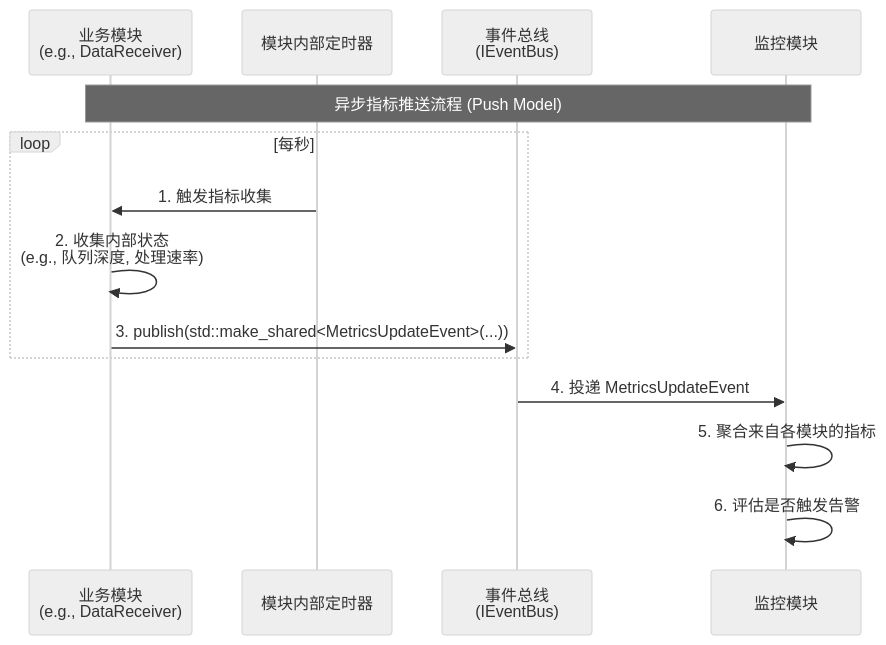
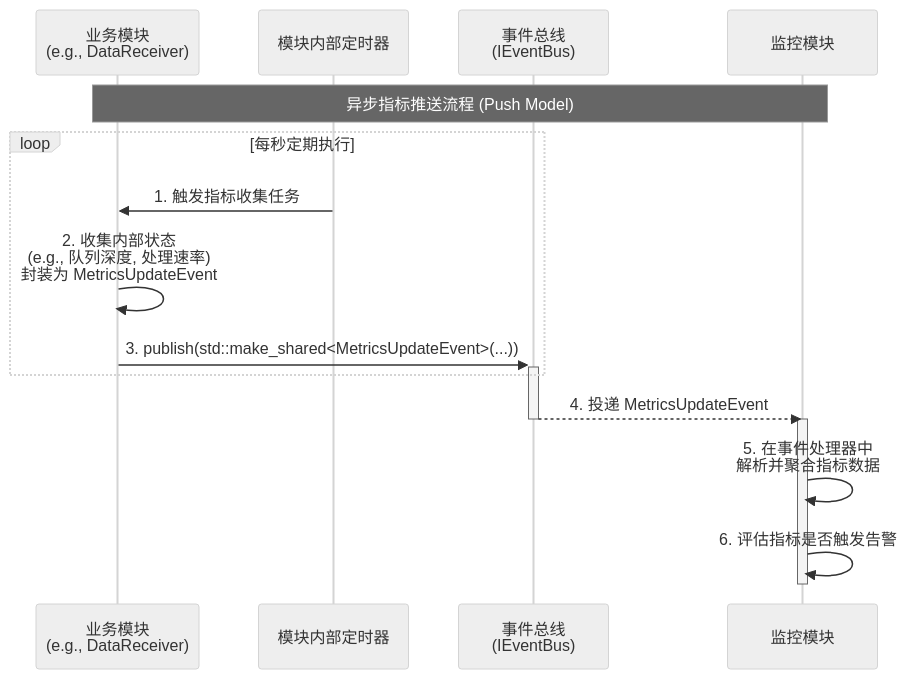
The first of 2 diagrams in docs/01_项目设计/05_接口设计/04_监控接口设计.md (wendizhou99-cell/Radar), drawn with Mermaid (neutral theme) before and after one commit. The commit also changed other lines of this file and 14 other files, not shown here.

````diff
--- a/docs/01_项目设计/05_接口设计/04_监控接口设计.md
+++ b/docs/01_项目设计/05_接口设计/04_监控接口设计.md
@@ -83,19 +78,21 @@
 ```mermaid
 sequenceDiagram
     participant BusinessModule as 业务模块<br/>(e.g., DataReceiver)
     participant InternalTimer as 模块内部定时器
     participant EventBus as 事件总线<br/>(IEventBus)
     participant MonitoringModule as 监控模块
 
     Note over BusinessModule, MonitoringModule: 异步指标推送流程 (Push Model)
 
-    loop 每秒
-        InternalTimer->>BusinessModule: 1. 触发指标收集
-        BusinessModule->>BusinessModule: 2. 收集内部状态<br/>(e.g., 队列深度, 处理速率)
-        BusinessModule->>EventBus: 3. publish(std::make_shared<MetricsUpdateEvent>(...))
+    loop 每秒定期执行
+        InternalTimer->>BusinessModule: 1. 触发指标收集任务
+        BusinessModule->>BusinessModule: 2. 收集内部状态<br/>(e.g., 队列深度, 处理速率)<br/>封装为 MetricsUpdateEvent
+        BusinessModule->>+EventBus: 3. publish(std::make_shared<MetricsUpdateEvent>(...))
     end
 
-    EventBus->>MonitoringModule: 4. 投递 MetricsUpdateEvent
-    MonitoringModule->>MonitoringModule: 5. 聚合来自各模块的指标
-    MonitoringModule->>MonitoringModule: 6. 评估是否触发告警
+    EventBus-->>-MonitoringModule: 4. 投递 MetricsUpdateEvent
+    activate MonitoringModule
+    MonitoringModule->>MonitoringModule: 5. 在事件处理器中<br/>解析并聚合指标数据
+    MonitoringModule->>MonitoringModule: 6. 评估指标是否触发告警
+    deactivate MonitoringModule
 ```
````
